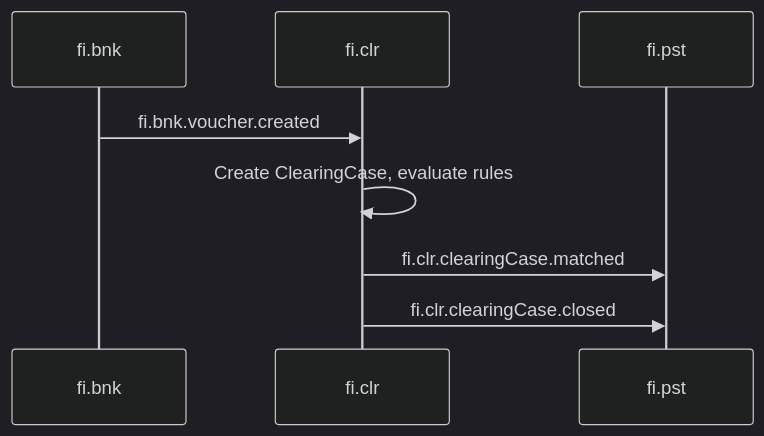
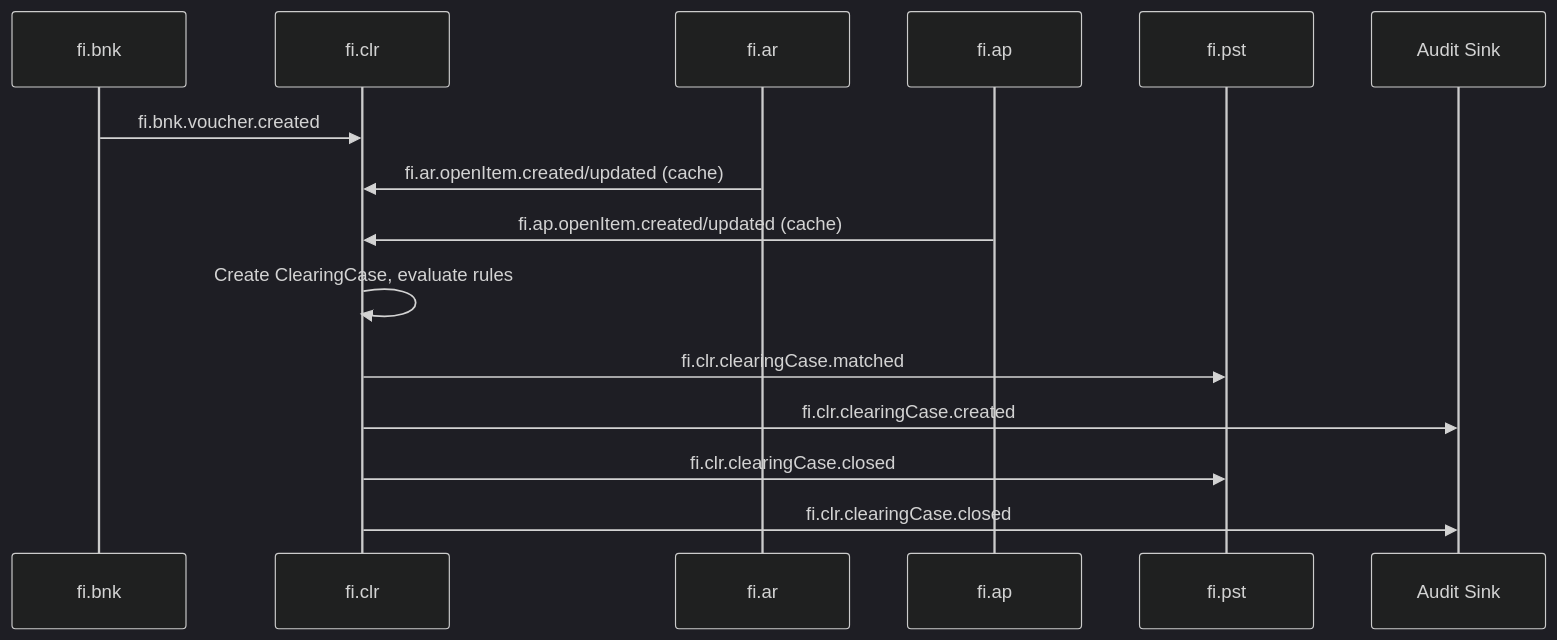
The fifth of 6 diagrams in T3_Domains/FI/domain-specs/fi_clr-spec.md (openleap-io/io.openleap.dev.spec), drawn with Mermaid (dark theme) before and after one commit. The commit also changed other lines of this file and 54 other files, not shown here.

````diff
--- a/T3_Domains/FI/domain-specs/fi_clr-spec.md
+++ b/T3_Domains/FI/domain-specs/fi_clr-spec.md
@@ -819,10 +1900,18 @@
 ```mermaid
 sequenceDiagram
     participant BNK as fi.bnk
     participant CLR as fi.clr
+    participant AR as fi.ar
+    participant AP as fi.ap
     participant PST as fi.pst
+    participant AUDIT as Audit Sink
+
     BNK->>CLR: fi.bnk.voucher.created
+    AR->>CLR: fi.ar.openItem.created/updated (cache)
+    AP->>CLR: fi.ap.openItem.created/updated (cache)
     CLR->>CLR: Create ClearingCase, evaluate rules
     CLR->>PST: fi.clr.clearingCase.matched
+    CLR->>AUDIT: fi.clr.clearingCase.created
     CLR->>PST: fi.clr.clearingCase.closed
+    CLR->>AUDIT: fi.clr.clearingCase.closed
 ```
````
